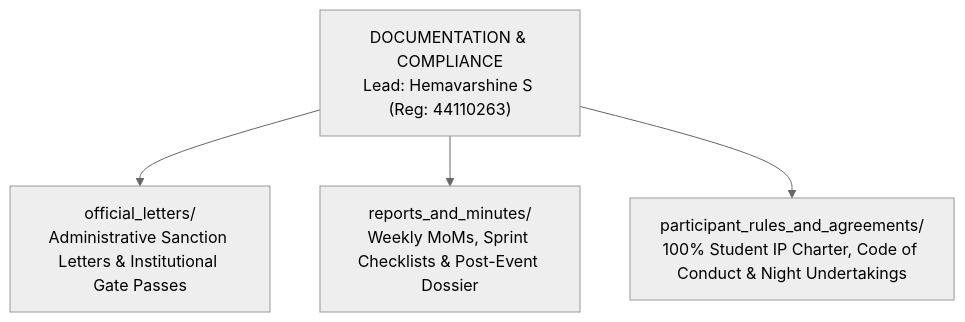
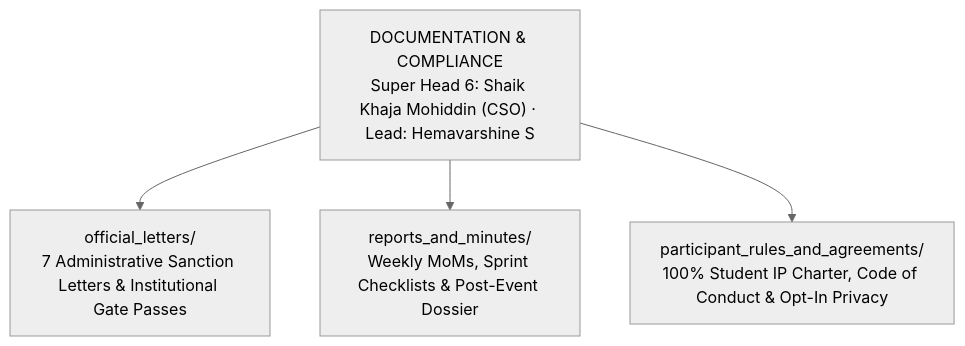
The diagram in teams/03_documentation_and_compliance/README.md (MasterZ1311/Kairos), drawn with Mermaid (neutral theme) before and after one commit. The commit also changed other lines of this file and 100 other files, not shown here.

````diff
--- a/teams/03_documentation_and_compliance/README.md
+++ b/teams/03_documentation_and_compliance/README.md
@@ -16,8 +20,8 @@
 ```mermaid
 graph TD
-    DOC["DOCUMENTATION & COMPLIANCE<br/>Lead: Hemavarshine S (Reg: 44110263)"]
+    DOC["DOCUMENTATION & COMPLIANCE<br/>Super Head 6: Shaik Khaja Mohiddin (CSO) · Lead: Hemavarshine S"]
     
-    DOC --> D1["official_letters/<br/>Administrative Sanction Letters & Institutional Gate Passes"]
+    DOC --> D1["official_letters/<br/>7 Administrative Sanction Letters & Institutional Gate Passes"]
     DOC --> D2["reports_and_minutes/<br/>Weekly MoMs, Sprint Checklists & Post-Event Dossier"]
-    DOC --> D3["participant_rules_and_agreements/<br/>100% Student IP Charter, Code of Conduct & Night Undertakings"]
+    DOC --> D3["participant_rules_and_agreements/<br/>100% Student IP Charter, Code of Conduct & Opt-In Privacy"]
 ```
````
